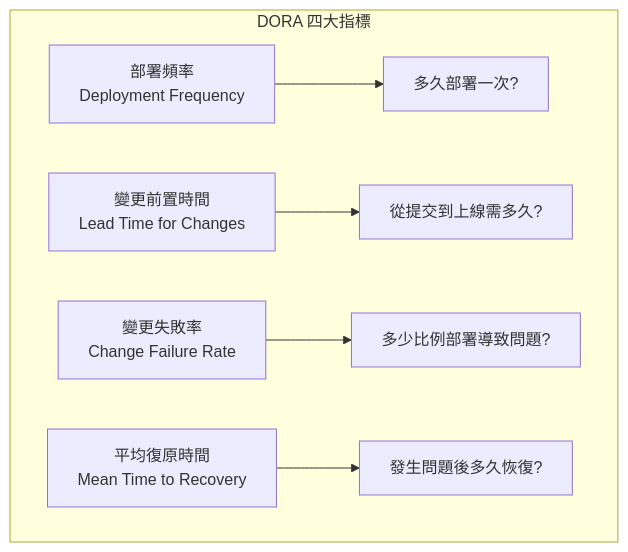
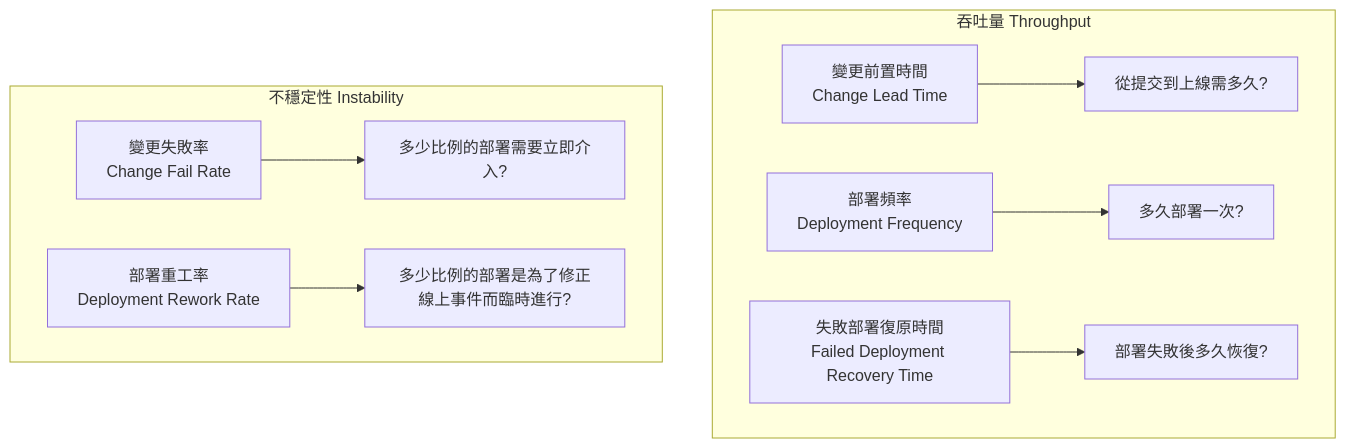
Diagram 34 of 35 in content/posts/指引/設計開發/軟體開發標準程序（Software Development Standard Process）教學手冊.md (chihhung/Blog), drawn with Mermaid before and after one commit. The commit also changed other lines of this file and 53 other files, not shown here.

````diff
--- a/content/posts/指引/設計開發/軟體開發標準程序（Software Development Standard Process）教學手冊.md
+++ b/content/posts/指引/設計開發/軟體開發標準程序（Software Development Standard Process）教學手冊.md
@@ -3035,9 +5339,12 @@
 ```mermaid
 graph TB
-    subgraph "DORA 四大指標"
-        A[部署頻率<br/>Deployment Frequency] --> A1[多久部署一次?]
-        B[變更前置時間<br/>Lead Time for Changes] --> B1[從提交到上線需多久?]
-        C[變更失敗率<br/>Change Failure Rate] --> C1[多少比例部署導致問題?]
-        D[平均復原時間<br/>Mean Time to Recovery] --> D1[發生問題後多久恢復?]
+    subgraph T["吞吐量 Throughput"]
+        A[變更前置時間<br/>Change Lead Time] --> A1[從提交到上線需多久?]
+        B[部署頻率<br/>Deployment Frequency] --> B1[多久部署一次?]
+        C[失敗部署復原時間<br/>Failed Deployment Recovery Time] --> C1[部署失敗後多久恢復?]
+    end
+    subgraph I["不穩定性 Instability"]
+        D[變更失敗率<br/>Change Fail Rate] --> D1[多少比例的部署需要立即介入?]
+        E[部署重工率<br/>Deployment Rework Rate] --> E1[多少比例的部署是為了修正線上事件而臨時進行?]
     end
 ```
````
